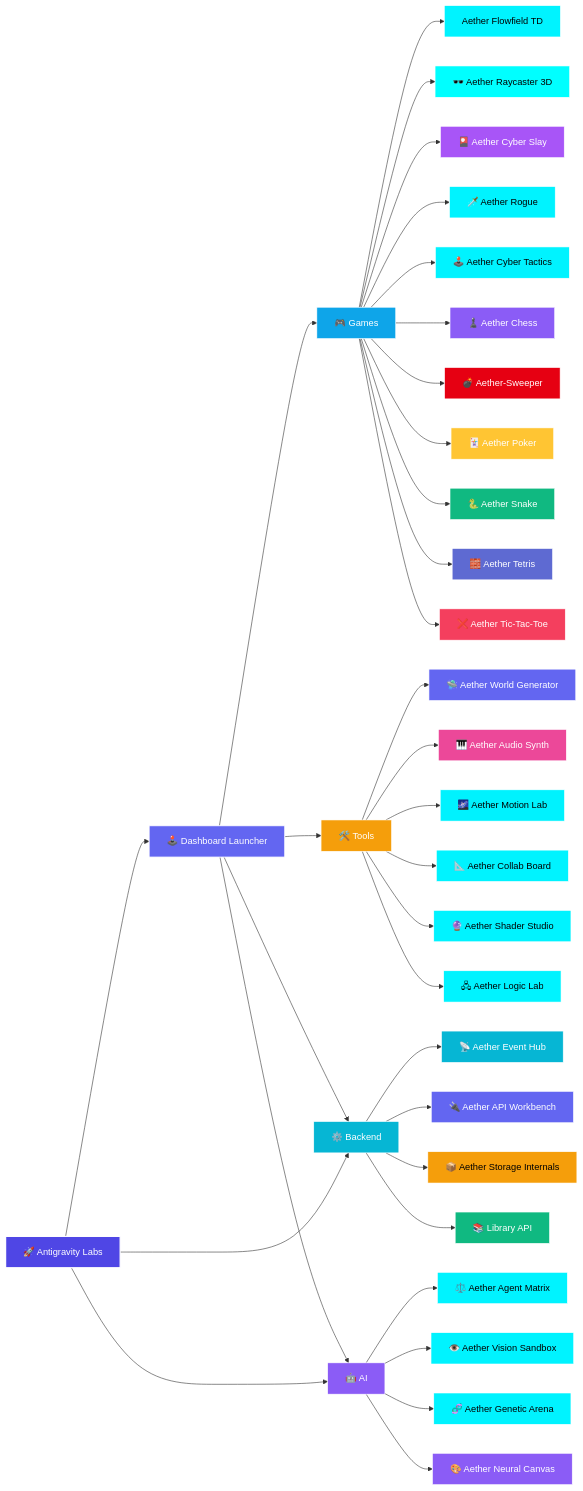
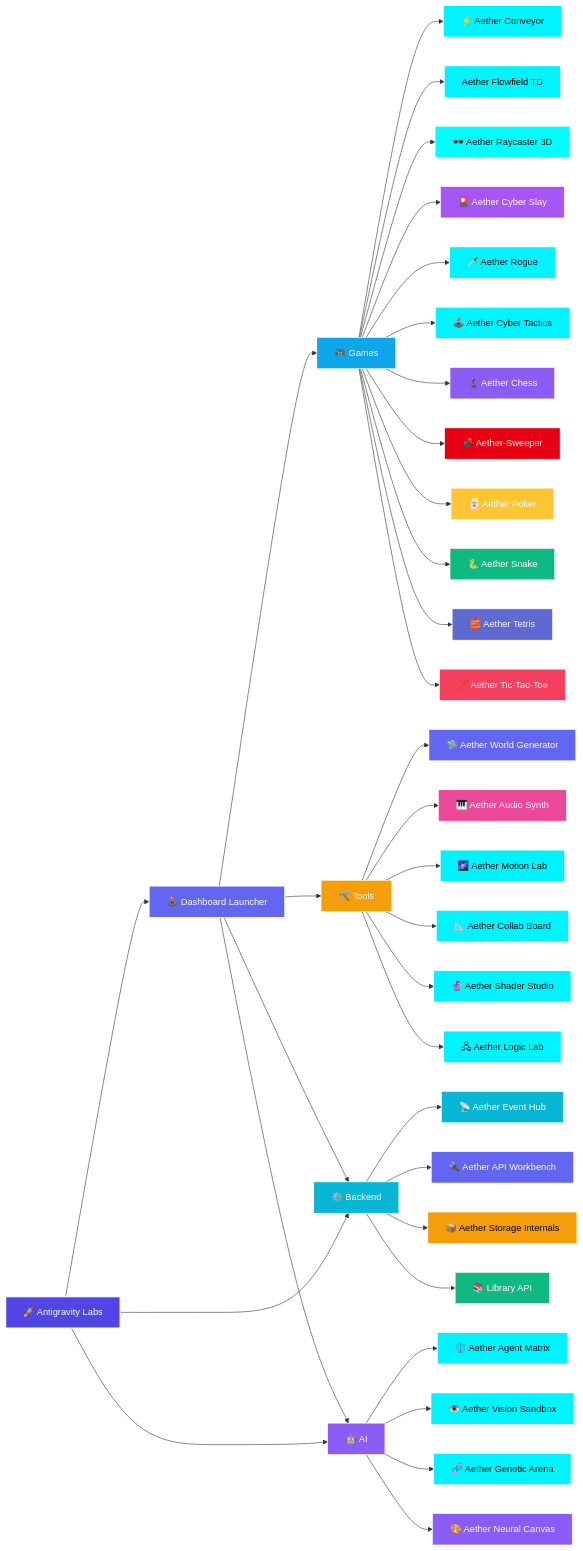
Before and after one commit to Leturnos/antigravity-labs: the diagram in README.md, drawn with Mermaid. The commit also changed other lines of this file and 4 other files, not shown here.

Commit message:
feat(portal): integrate Aether Conveyor into games launcher and score system

````diff
--- a/README.md
+++ b/README.md
@@ -50,75 +51,77 @@
 ```mermaid
 flowchart LR
     Root["🚀 Antigravity Labs"]
     Launcher["🕹️ Dashboard Launcher"]
 
     Root --> Launcher
     Root --> Backend["⚙️ Backend"]
     Root --> AI["🤖 AI"]
 
     Launcher --> Games["🎮 Games"]
     Launcher --> Tools["🛠️ Tools"]
     Launcher --> AI["🤖 AI"]
     Launcher --> Backend["⚙️ Backend"]
 
+    Games --> Conveyor["⚡ Aether Conveyor"]
     Games --> FlowfieldTD["Aether Flowfield TD"]
     Games --> Raycaster["🕶️ Aether Raycaster 3D"]
     Games --> CyberSlay["🎴 Aether Cyber Slay"]
     Games --> Rogue["🗡️ Aether Rogue"]
     Games --> Tactics["🕹️ Aether Cyber Tactics"]
     Games --> Chess["♟️ Aether Chess"]
     Games --> Sweeper["💣 Aether-Sweeper"]
     Games --> Poker["🃏 Aether Poker"]
     Games --> Snake["🐍 Aether Snake"]
     Games --> Tetris["🧱 Aether Tetris"]
     Games --> TicTacToe["❌ Aether Tic-Tac-Toe"]
 
     Backend --> EventHub["📡 Aether Event Hub"]
     Backend --> APIWorkbench["🔌 Aether API Workbench"]
     Backend --> StorageInternals["📦 Aether Storage Internals"]
     Backend --> LibraryAPI["📚 Library API"]
     
     Tools --> WorldGen["🛸 Aether World Generator"]
     Tools --> AudioSynth["🎹 Aether Audio Synth"]
     Tools --> MotionLab["🌌 Aether Motion Lab"]
     Tools --> CollabBoard["📐 Aether Collab Board"]
     Tools --> ShaderStudio["🔮 Aether Shader Studio"]
     Tools --> LogicLab["🖧 Aether Logic Lab"]
 
     AI --> AgentMatrix["⚖️ Aether Agent Matrix"]
     AI --> VisionSandbox["👁️ Aether Vision Sandbox"]
     AI --> GeneticArena["🧬 Aether Genetic Arena"]
     AI --> NeuralCanvas["🎨 Aether Neural Canvas"]
 
     style Root fill:#4f46e5,stroke:#fff,stroke-width:2px,color:#fff
     style Launcher fill:#6366f1,stroke:#fff,stroke-width:1.5px,color:#fff
     style Games fill:#0ea5e9,stroke:#fff,stroke-width:1px,color:#fff
     style Backend fill:#06b6d4,stroke:#fff,stroke-width:1px,color:#fff
     style AI fill:#8b5cf6,stroke:#fff,stroke-width:1px,color:#fff
     style Tools fill:#f59e0b,stroke:#fff,stroke-width:1px,color:#fff
+    style Conveyor fill:#00f3ff,stroke:#fff,stroke-width:1px,color:#000
     style FlowfieldTD fill:#00f3ff,stroke:#fff,stroke-width:1px,color:#000
     style Raycaster fill:#00ffff,stroke:#fff,stroke-width:1px,color:#000
     style CyberSlay fill:#a855f7,stroke:#fff,stroke-width:1px,color:#fff
     style Rogue fill:#00f3ff,stroke:#fff,stroke-width:1px,color:#000
     style Tactics fill:#00f3ff,stroke:#fff,stroke-width:1px,color:#000
     style Chess fill:#8b5cf6,stroke:#fff,stroke-width:1px,color:#fff
     style Sweeper fill:#e60012,stroke:#fff,stroke-width:1px,color:#fff
     style Poker fill:#ffc533,stroke:#fff,stroke-width:1px,color:#fff
     style Snake fill:#10b981,stroke:#fff,stroke-width:1px,color:#fff
     style Tetris fill:#5e6ad2,stroke:#fff,stroke-width:1px,color:#fff
     style TicTacToe fill:#f43f5e,stroke:#fff,stroke-width:1px,color:#fff
     style EventHub fill:#06b6d4,stroke:#fff,stroke-width:1px,color:#fff
     style APIWorkbench fill:#6366f1,stroke:#fff,stroke-width:1px,color:#fff
     style StorageInternals fill:#f59e0b,stroke:#fff,stroke-width:1px,color:#000
     style LibraryAPI fill:#10b981,stroke:#fff,stroke-width:1px,color:#fff
     style WorldGen fill:#6366f1,stroke:#fff,stroke-width:1px,color:#fff
     style AudioSynth fill:#ec4899,stroke:#fff,stroke-width:1px,color:#fff
     style MotionLab fill:#00f2fe,stroke:#fff,stroke-width:1px,color:#000
     style CollabBoard fill:#00f3ff,stroke:#fff,stroke-width:1px,color:#000
     style ShaderStudio fill:#00f3ff,stroke:#fff,stroke-width:1px,color:#000
     style LogicLab fill:#00f3ff,stroke:#fff,stroke-width:1px,color:#000
     style AgentMatrix fill:#00f3ff,stroke:#fff,stroke-width:1px,color:#000
     style VisionSandbox fill:#00f3ff,stroke:#fff,stroke-width:1px,color:#000
     style GeneticArena fill:#00f3ff,stroke:#fff,stroke-width:1px,color:#000
     style NeuralCanvas fill:#8b5cf6,stroke:#fff,stroke-width:1px,color:#fff
 ```
````
